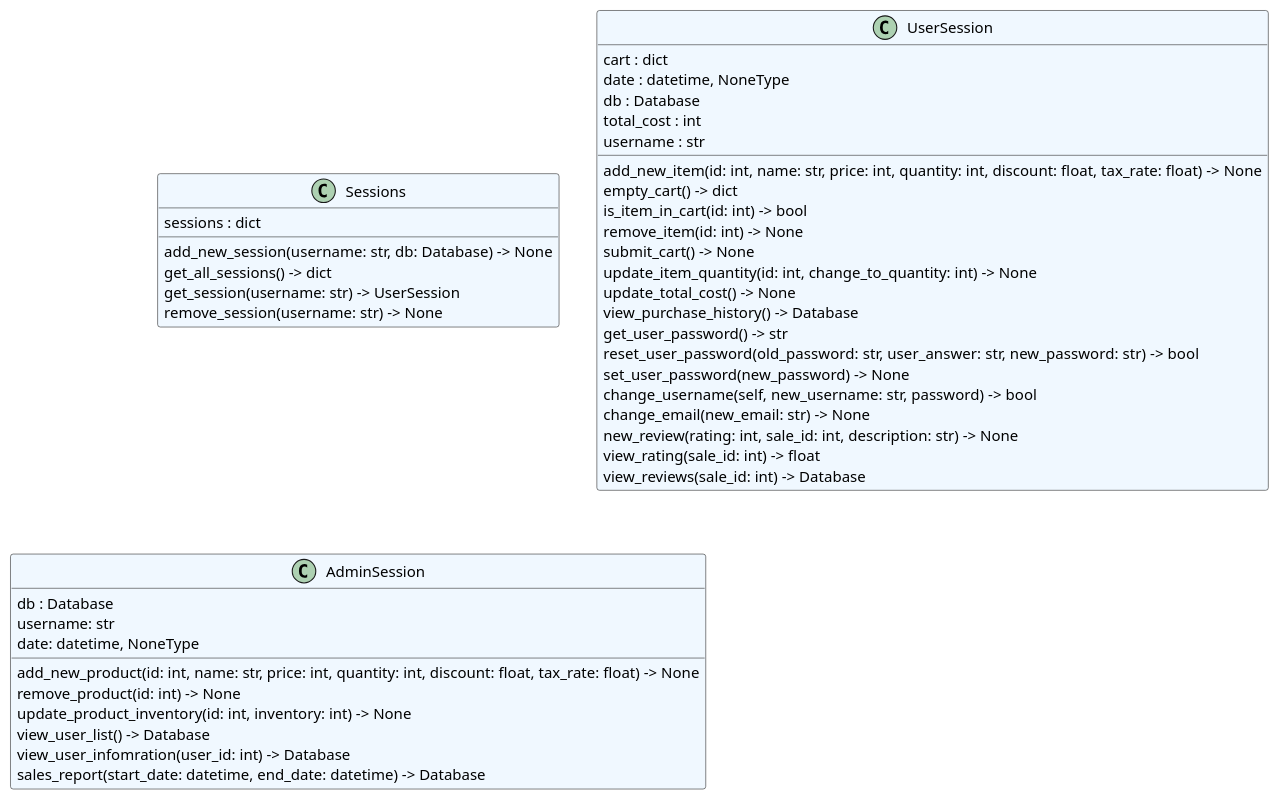
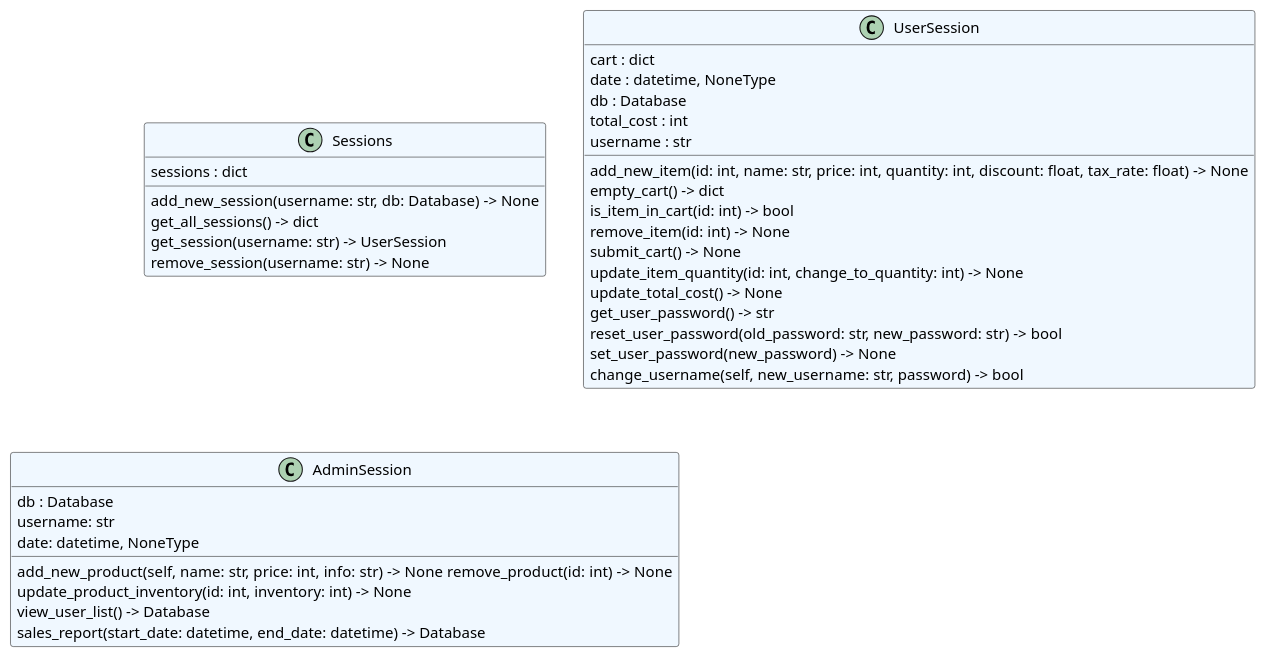
The diagram in docs/diagrams/system/core_classes.puml (obxzeke/OnlineStore), drawn with PlantUML before and after one commit. The commit also changed 13 other files, not shown here.

```diff
--- a/docs/diagrams/system/core_classes.puml
+++ b/docs/diagrams/system/core_classes.puml
@@ -1,46 +1,39 @@
 @startuml classes
 set namespaceSeparator none
 class "Sessions" as core.session.Sessions #aliceblue {
   sessions : dict
   add_new_session(username: str, db: Database) -> None
   get_all_sessions() -> dict
   get_session(username: str) -> UserSession
   remove_session(username: str) -> None
 }
 class "UserSession" as core.session.UserSession #aliceblue {
   cart : dict
   date : datetime, NoneType
   db : Database
   total_cost : int
   username : str
   add_new_item(id: int, name: str, price: int, quantity: int, discount: float, tax_rate: float) -> None
   empty_cart() -> dict
   is_item_in_cart(id: int) -> bool
   remove_item(id: int) -> None
   submit_cart() -> None
   update_item_quantity(id: int, change_to_quantity: int) -> None
   update_total_cost() -> None
-  view_purchase_history() -> Database
   get_user_password() -> str
-  reset_user_password(old_password: str, user_answer: str, new_password: str) -> bool
+  reset_user_password(old_password: str, new_password: str) -> bool
   set_user_password(new_password) -> None
   change_username(self, new_username: str, password) -> bool
-  change_email(new_email: str) -> None
-  new_review(rating: int, sale_id: int, description: str) -> None
-  view_rating(sale_id: int) -> float
-  view_reviews(sale_id: int) -> Database
 }
 
 class "AdminSession" as core.session.AdminSession #aliceblue {
   db : Database
   username: str
   date: datetime, NoneType
-  add_new_product(id: int, name: str, price: int, quantity: int, discount: float, tax_rate: float) -> None
-  remove_product(id: int) -> None
+  add_new_product(self, name: str, price: int, info: str) -> None  remove_product(id: int) -> None
   update_product_inventory(id: int, inventory: int) -> None
   view_user_list() -> Database
-  view_user_infomration(user_id: int) -> Database
   sales_report(start_date: datetime, end_date: datetime) -> Database
 }
 
 @enduml
```
